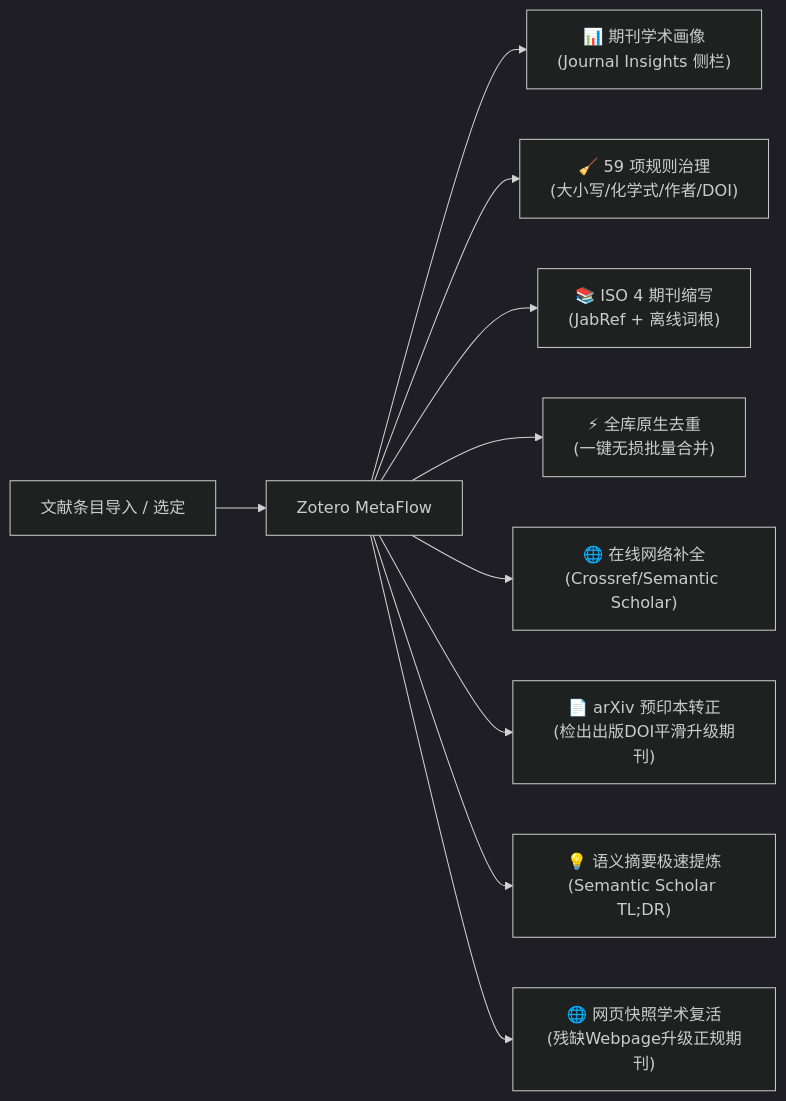
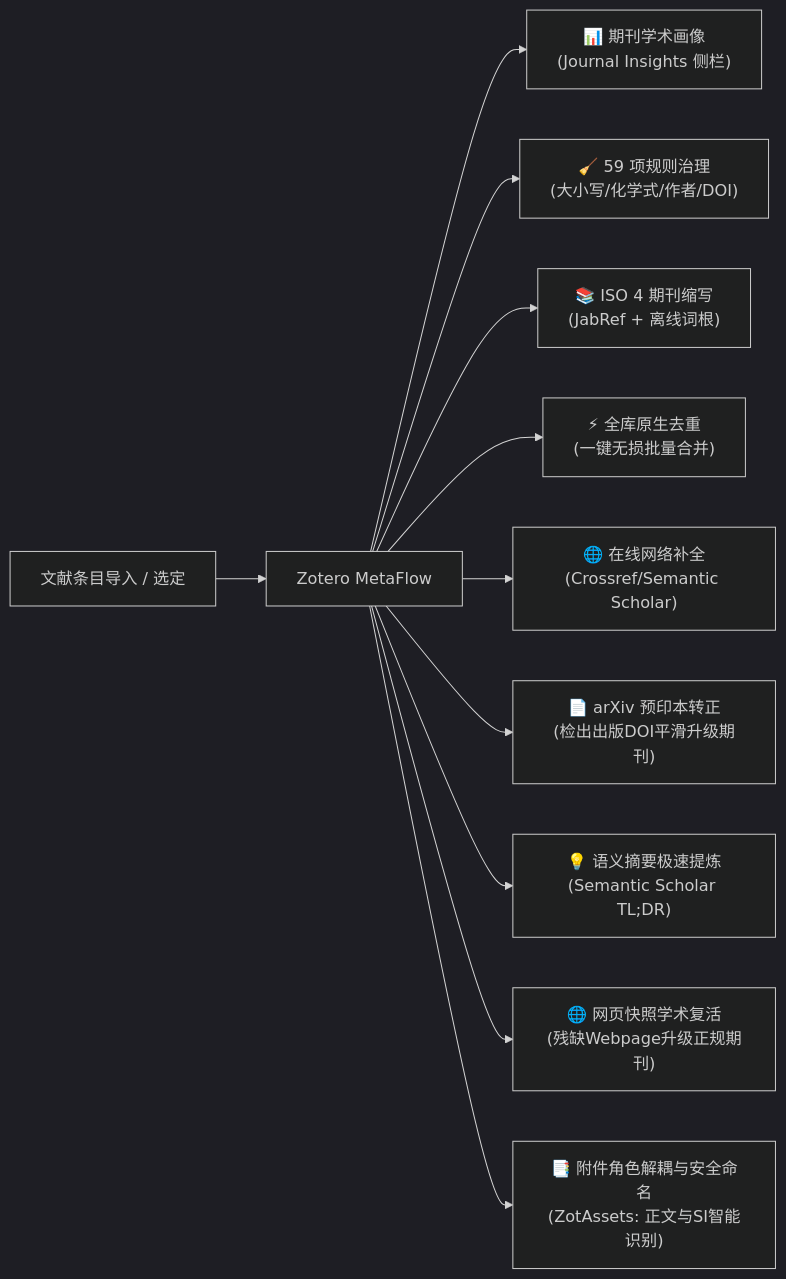
One commit to groele/MetaRef-for-Zotero changed the diagram in README.md. Above: the diagram before and after it, drawn with Mermaid (dark theme). The commit also changed other lines of this file and 22 other files, not shown here.

````diff
--- a/README.md
+++ b/README.md
@@ -33,12 +33,13 @@
 ```mermaid
 graph LR
     A["文献条目导入 / 选定"] --> B["Zotero MetaFlow"]
     B --> C["📊 期刊学术画像<br/>(Journal Insights 侧栏)"]
     B --> D["🧹 59 项规则治理<br/>(大小写/化学式/作者/DOI)"]
     B --> E["📚 ISO 4 期刊缩写<br/>(JabRef + 离线词根)"]
     B --> F["⚡ 全库原生去重<br/>(一键无损批量合并)"]
     B --> G["🌐 在线网络补全<br/>(Crossref/Semantic Scholar)"]
     B --> H["📄 arXiv 预印本转正<br/>(检出出版DOI平滑升级期刊)"]
     B --> I["💡 语义摘要极速提炼<br/>(Semantic Scholar TL;DR)"]
     B --> J["🌐 网页快照学术复活<br/>(残缺Webpage升级正规期刊)"]
+    B --> K["📑 附件角色解耦与安全命名<br/>(ZotAssets: 正文与SI智能识别)"]
 ```
````
